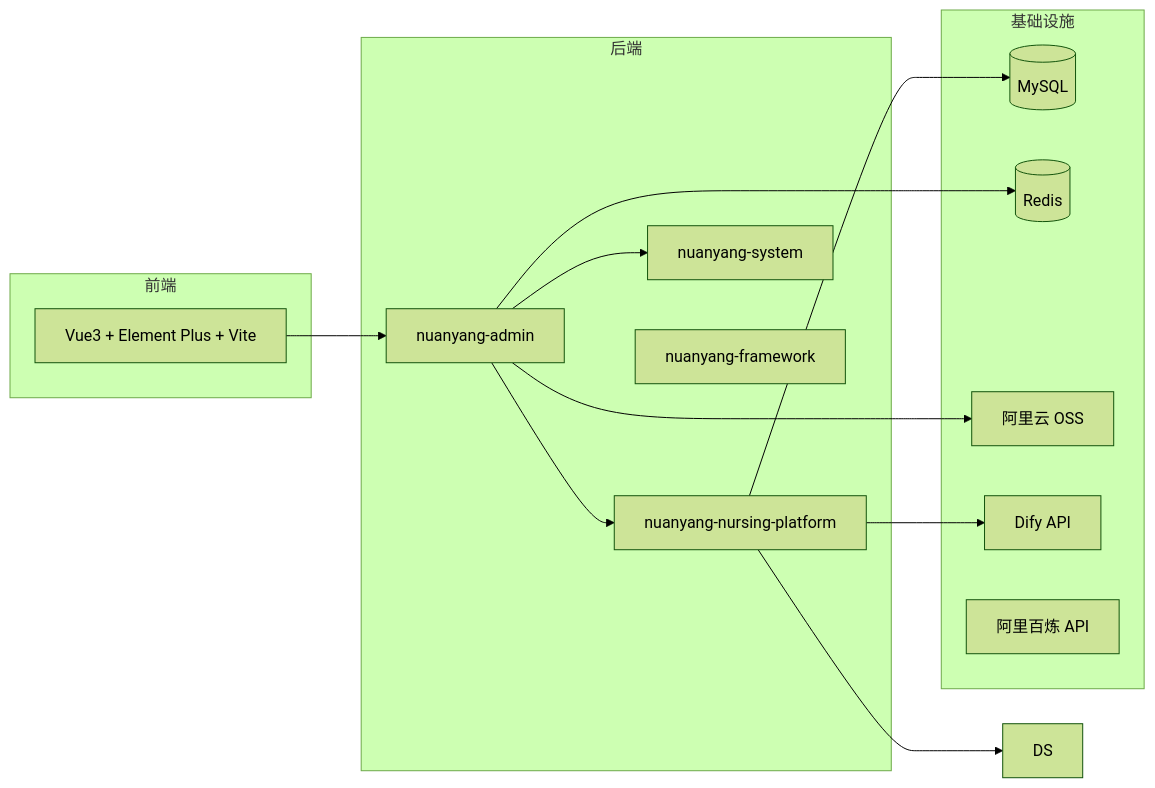
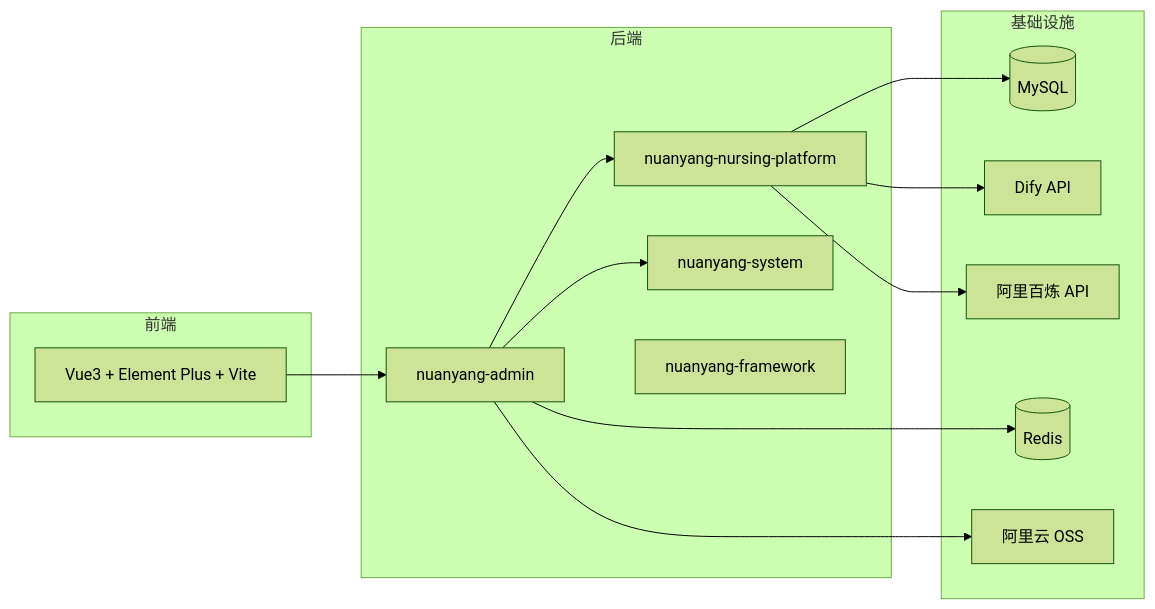
One commit to byte-love/nuanyang-eldercare changed the diagram in README.md. Above: the diagram before and after it, drawn with Mermaid (forest theme).

Commit message:
add demo coverage for all modules with screenshots and GIFs

````diff
--- a/README.md
+++ b/README.md
@@ -132,27 +132,27 @@
 ```mermaid
 flowchart LR
   subgraph 前端
     UI[Vue3 + Element Plus + Vite]
   end
   subgraph 后端
     Admin[nuanyang-admin]
     Nursing[nuanyang-nursing-platform]
     System[nuanyang-system]
     FW[nuanyang-framework]
   end
   subgraph 基础设施
     MySQL[(MySQL)]
     Redis[(Redis)]
     OSS[阿里云 OSS]
     Dify[Dify API]
     Ali[阿里百炼 API]
   end
   UI --> Admin
   Admin --> Nursing
   Admin --> System
   Nursing --> MySQL
   Nursing --> Dify
-  Nursing --> DS
+  Nursing --> Ali
   Admin --> Redis
   Admin --> OSS
 ```
````
